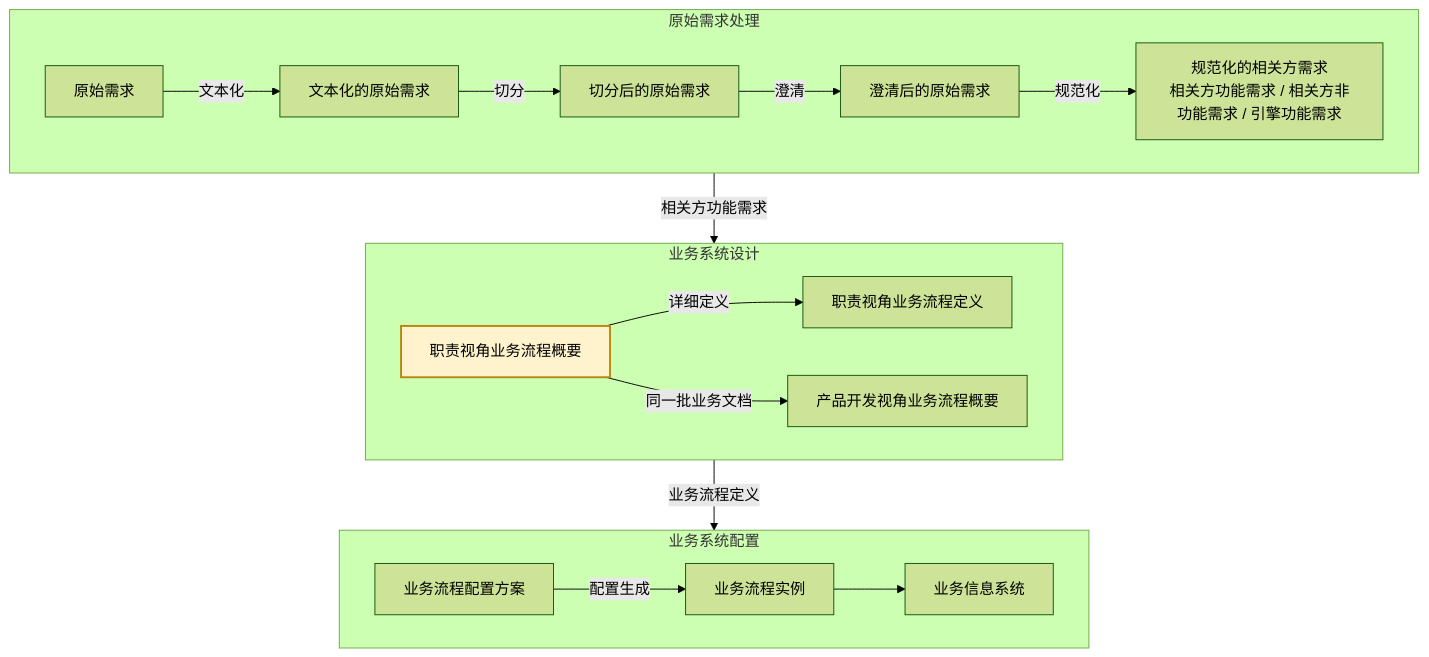
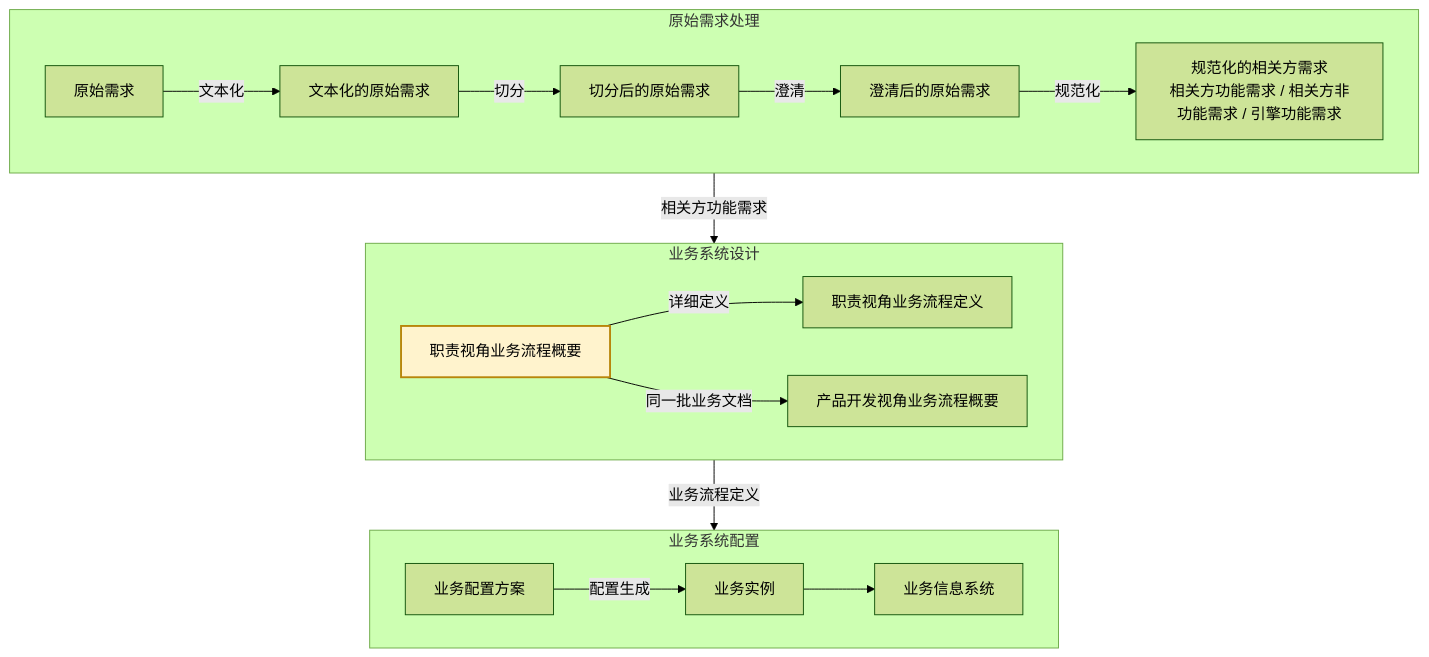
One commit to Yongjunzhou/AOS-system-design changed the first of 2 diagrams in 20-pl4eos/10-pl4eos-subpl-sysdev/10-wfsysdev-4-eos/eos-biz01abr-stfr2rbpl.md. Above: the diagram before and after it, drawn with Mermaid (forest theme). The commit also changed other lines of this file and 1 other file, not shown here.

Commit message:
[EOS] biz01abr §1.2 链图两个节点正名：业务配置方案、业务实例
SKILL 指南 biz01abr（第 72 版）
- §1.2 链图第三段两节点正名：`业务流程配置方案` → `业务配置方案`、
  `业务流程实例` → `业务实例`

查证：
- 「业务实例」是既有成词——91 §3.2「基于引擎生成的业务实例运行时提供业务能力」、
  25 资产的「业务实例化」、30-eos 术语表记其曾为「业务引擎／业务定义／业务实例」
  三术语之一
- 「业务配置方案」全库零出现，是新立的名；94 §1.1 清单里这一项作 `配置方案`，
  两者暂不同名（94 未动，等裁）

未动（已报，等裁）：图上 `业务流程定义 →业务配置方案` 跳过方案空间（系统需求框架／
概要、平台构成框架）；`业务信息系统` 不属产品数据；段名「业务系统设计／业务系统配置」
全库只此一处。这张图无同族样本——abr／abp／cr 与整条 wft 链里只有 abr 有 mermaid

记忆：pending-biz01abr-ch5 记这次正名、两处查证与图上仍开着的三处

````diff
--- a/20-pl4eos/10-pl4eos-subpl-sysdev/10-wfsysdev-4-eos/eos-biz01abr-stfr2rbpl.md
+++ b/20-pl4eos/10-pl4eos-subpl-sysdev/10-wfsysdev-4-eos/eos-biz01abr-stfr2rbpl.md
@@ -28,25 +28,25 @@
 ```mermaid
 flowchart TD
     subgraph S1["原始需求处理"]
         direction LR
         r0["原始需求"] -->|文本化| r1["文本化的原始需求"]
         r1 -->|切分| r2["切分后的原始需求"]
         r2 -->|澄清| r3["澄清后的原始需求"]
         r3 -->|规范化| r4["规范化的相关方需求<br/>相关方功能需求 / 相关方非功能需求 / 引擎功能需求"]
     end
     subgraph S2["业务系统设计"]
         direction LR
         b1["职责视角业务流程概要"] -->|详细定义| b3["职责视角业务流程定义"]
         b2["产品开发视角业务流程概要"]
     end
     subgraph S3["业务系统配置"]
         direction LR
-        c1["业务流程配置方案"] -->|配置生成| c2["业务流程实例"]
+        c1["业务配置方案"] -->|配置生成| c2["业务实例"]
         c2 --> c3["业务信息系统"]
     end
     r4 -->|相关方功能需求| b1
     b1 -->|同一批业务文档| b2
     b3 -->|业务流程定义| c1
     classDef here fill:#fff3cd,stroke:#b8860b,stroke-width:2px
     class b1 here
 ```
````
